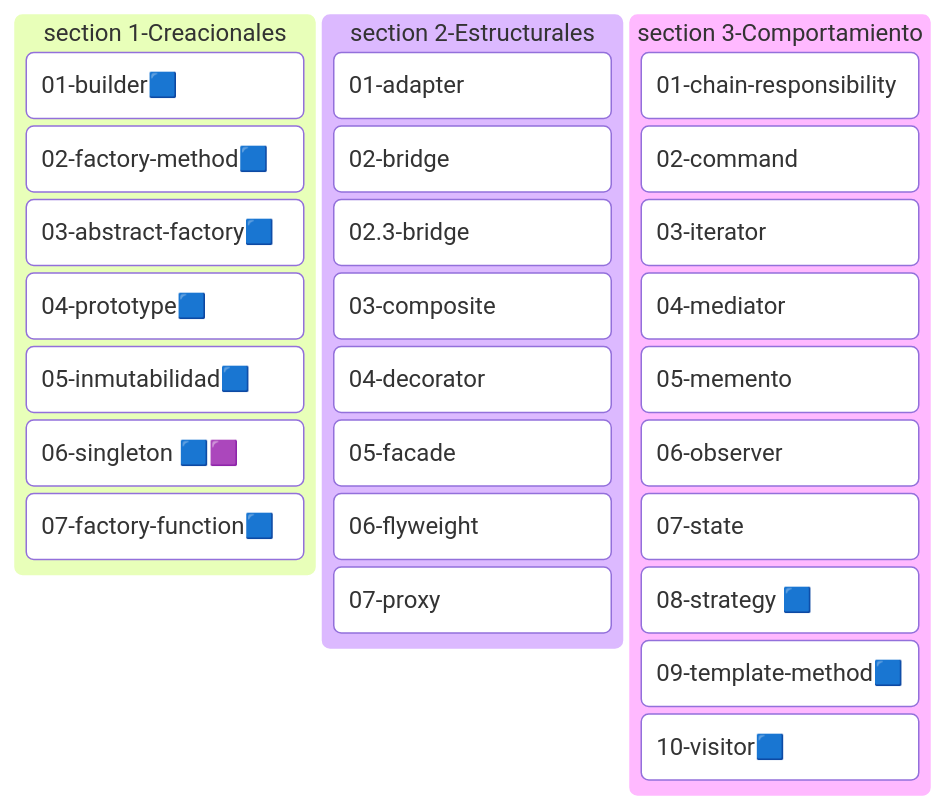
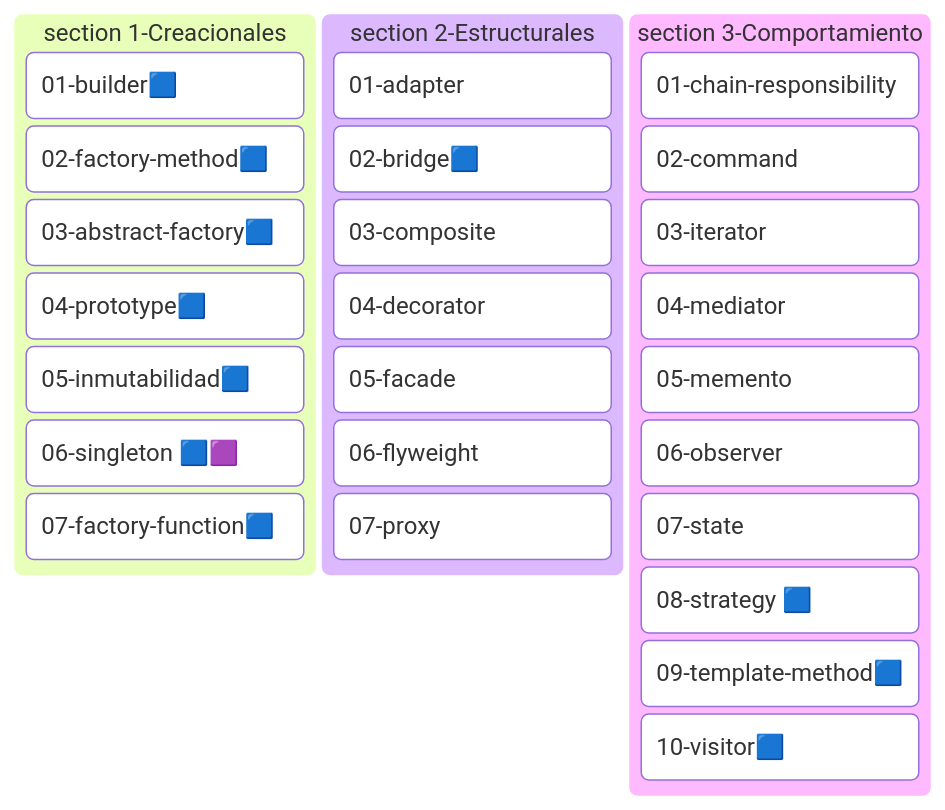
Before and after one commit to sdsanchezm/design-patterns-all: the diagram in README.md, drawn with Mermaid. The commit also changed 1 other file, not shown here.

Commit message:
updated bridge Pattern - lab2 and updated README

```diff
--- a/README.md
+++ b/README.md
@@ -7,33 +7,32 @@
 ~~~mermaid
 kanban
     section 1-Creacionales
       01-builder🟦
       02-factory-method🟦
       03-abstract-factory🟦
       04-prototype🟦
       05-inmutabilidad🟦
       06-singleton 🟦🟪
       07-factory-function🟦
 
     section 2-Estructurales
       01-adapter
-      02-bridge
-      02.3-bridge
+      02-bridge🟦
       03-composite
       04-decorator
       05-facade
       06-flyweight
       07-proxy
 
     section 3-Comportamiento
       01-chain-responsibility
       02-command
       03-iterator
       04-mediator
       05-memento
       06-observer
       07-state
       08-strategy 🟦
       09-template-method🟦
       10-visitor🟦
 ~~~
```
